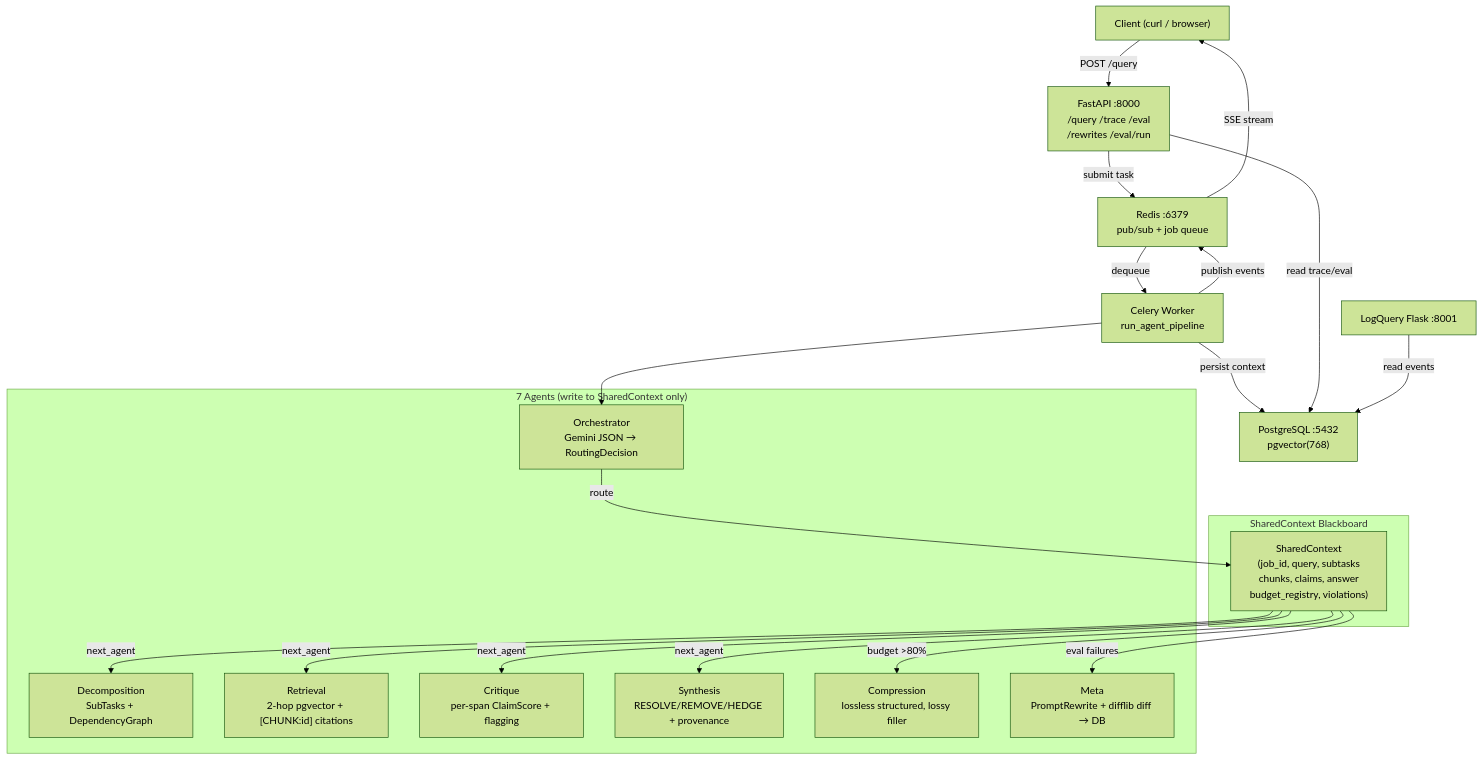
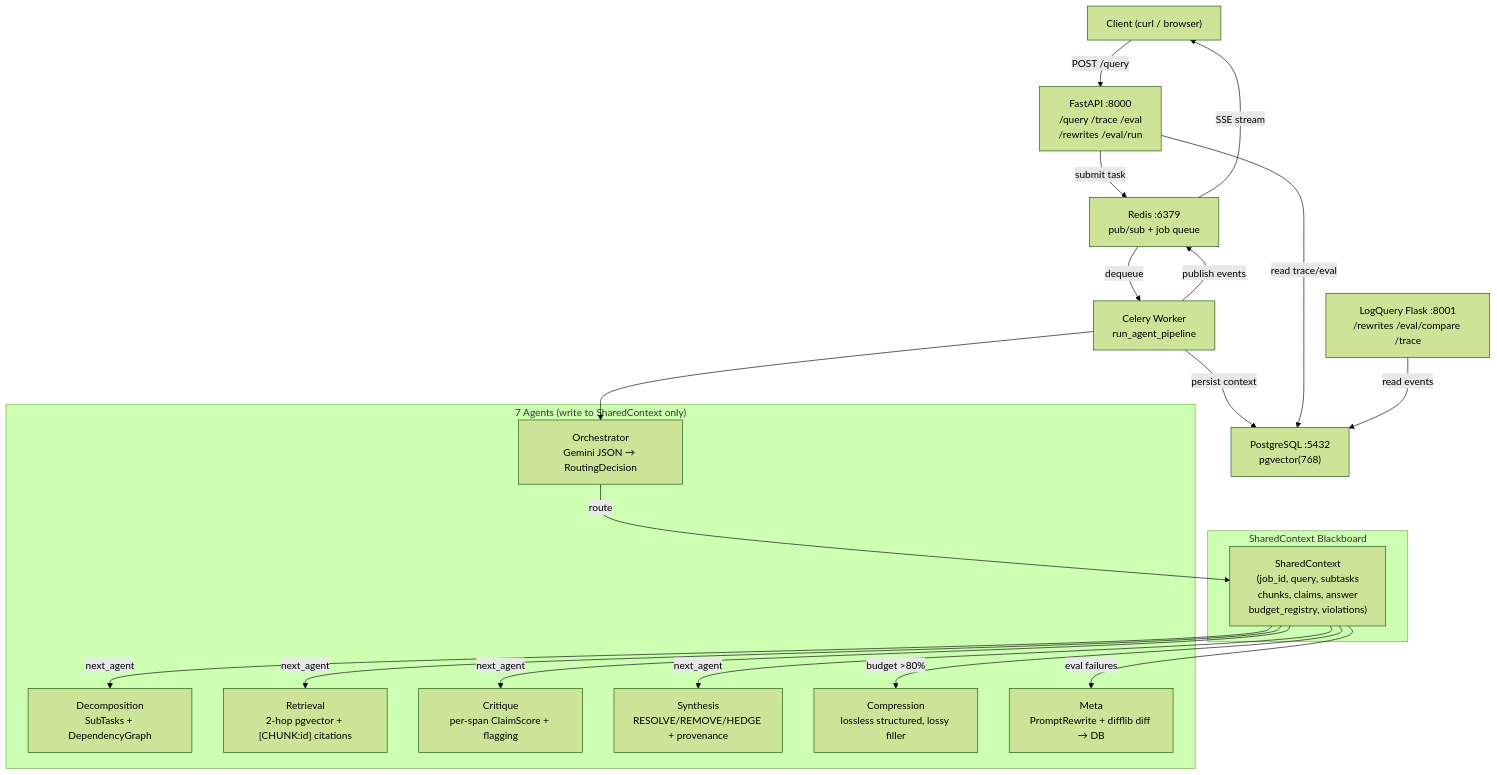
Before and after one commit to Aditya26189/multi-agent-llm-orchestration: the diagram in docs/architecture.md, drawn with Mermaid (forest theme). The commit also changed other lines of this file and 11 other files, not shown here.

````diff
--- a/docs/architecture.md
+++ b/docs/architecture.md
@@ -7,41 +7,41 @@
 ```mermaid
 graph TB
     Client["Client (curl / browser)"]
     API["FastAPI :8000\n/query /trace /eval\n/rewrites /eval/run"]
     Redis["Redis :6379\npub/sub + job queue"]
     Worker["Celery Worker\nrun_agent_pipeline"]
     DB["PostgreSQL :5432\npgvector(768)"]
-    LogUI["LogQuery Flask :8001"]
+    LogUI["LogQuery Flask :8001\n/rewrites /eval/compare /trace"]
 
     Client -->|POST /query| API
     API -->|submit task| Redis
     Redis -->|dequeue| Worker
     Worker -->|publish events| Redis
     Redis -->|SSE stream| Client
     Worker -->|persist context| DB
     API -->|read trace/eval| DB
     LogUI -->|read events| DB
 
     subgraph "SharedContext Blackboard"
         SC["SharedContext\n(job_id, query, subtasks\nchunks, claims, answer\nbudget_registry, violations)"]
     end
 
     subgraph "7 Agents (write to SharedContext only)"
         O["Orchestrator\nGemini JSON → RoutingDecision"]
         D["Decomposition\nSubTasks + DependencyGraph"]
         R["Retrieval\n2-hop pgvector + [CHUNK:id] citations"]
         C["Critique\nper-span ClaimScore + flagging"]
         S["Synthesis\nRESOLVE/REMOVE/HEDGE + provenance"]
         Comp["Compression\nlossless structured, lossy filler"]
         M["Meta\nPromptRewrite + difflib diff → DB"]
     end
 
     Worker --> O
     O -->|route| SC
     SC -->|next_agent| D
     SC -->|next_agent| R
     SC -->|next_agent| C
     SC -->|next_agent| S
     SC -->|budget >80%| Comp
     SC -->|eval failures| M
 ```
````
